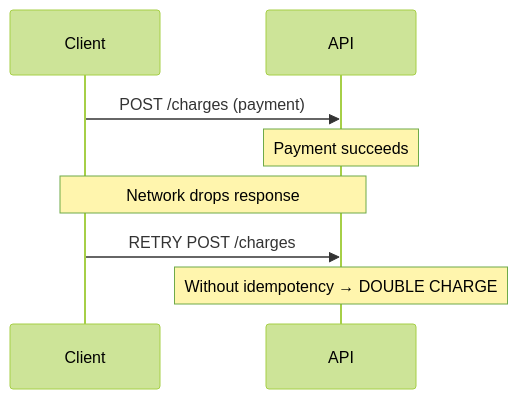
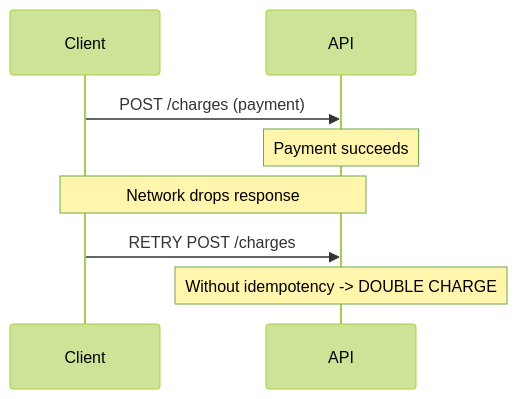
One commit to hareramcse/SystemDesign changed diagram 24 of 26 in 07-api-design/README.md. Above: the diagram before and after it, drawn with Mermaid (forest theme). The commit also changed other lines of this file and 14 other files, not shown here.

````diff
--- a/07-api-design/README.md
+++ b/07-api-design/README.md
@@ -1505,10 +1505,10 @@
 ```mermaid
 sequenceDiagram
     participant C as Client
     participant API as API
     C->>API: POST /charges (payment)
     Note over API: Payment succeeds
     Note over C,API: Network drops response
     C->>API: RETRY POST /charges
-    Note over API: Without idempotency → DOUBLE CHARGE
+    Note over API: Without idempotency -> DOUBLE CHARGE
 ```
````
